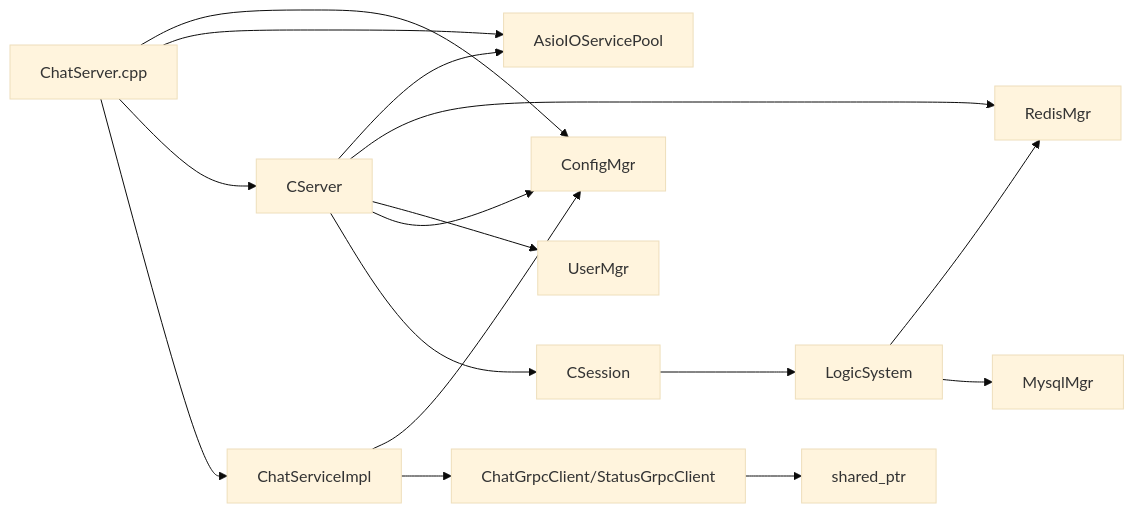
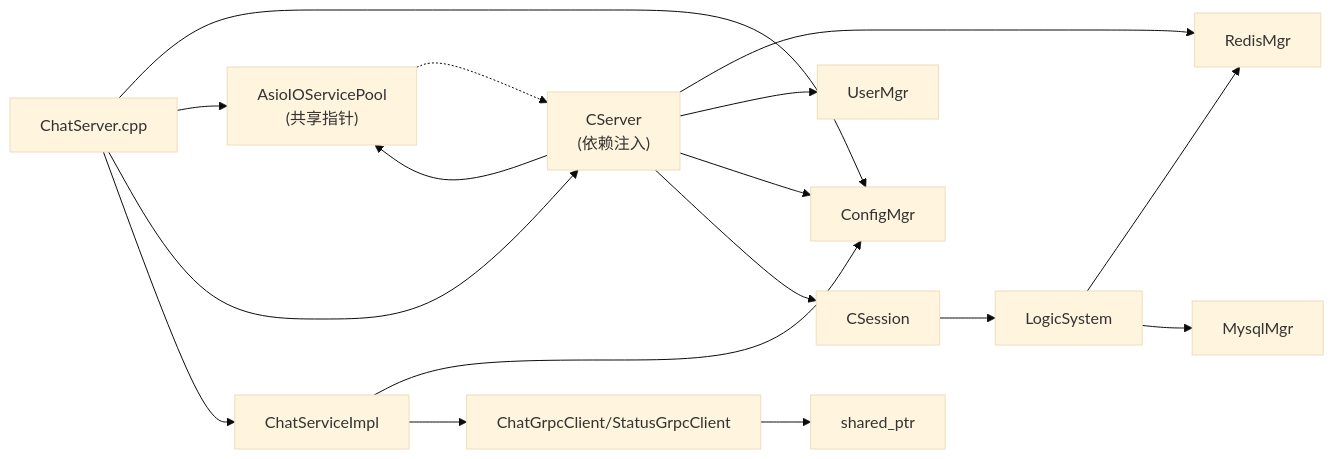
The tenth of 10 diagrams in .qoder/repowiki/zh/content/服务端开发/ChatServer聊天核心服务/核心服务架构.md (echo9923/mychatter), drawn with Mermaid (base theme) before and after one commit. The commit also changed other lines of this file and 107 other files, not shown here.

````diff
--- a/.qoder/repowiki/zh/content/服务端开发/ChatServer聊天核心服务/核心服务架构.md
+++ b/.qoder/repowiki/zh/content/服务端开发/ChatServer聊天核心服务/核心服务架构.md
@@ -427,18 +421,19 @@
 ```mermaid
 graph LR
 Main["ChatServer.cpp"] --> Cfg["ConfigMgr"]
-Main --> Pool["AsioIOServicePool"]
-Main --> Srv["CServer"]
+Main --> Pool["AsioIOServicePool<br/>(共享指针)"]
+Main --> Srv["CServer<br/>(依赖注入)"]
 Main --> GRPC["ChatServiceImpl"]
 Srv --> Pool
 Srv --> Redis["RedisMgr"]
 Srv --> UserMgr["UserMgr"]
 Srv --> Cfg
 Srv --> Session["CSession"]
 Session --> Logic["LogicSystem"]
 Logic --> Redis
 Logic --> Mysql["MysqlMgr"]
 GRPC --> Cfg
 GRPC --> Client["ChatGrpcClient/StatusGrpcClient"]
 Client --> Channel["shared_ptr<Channel>"]
+Pool -.-> Srv
 ```
````
